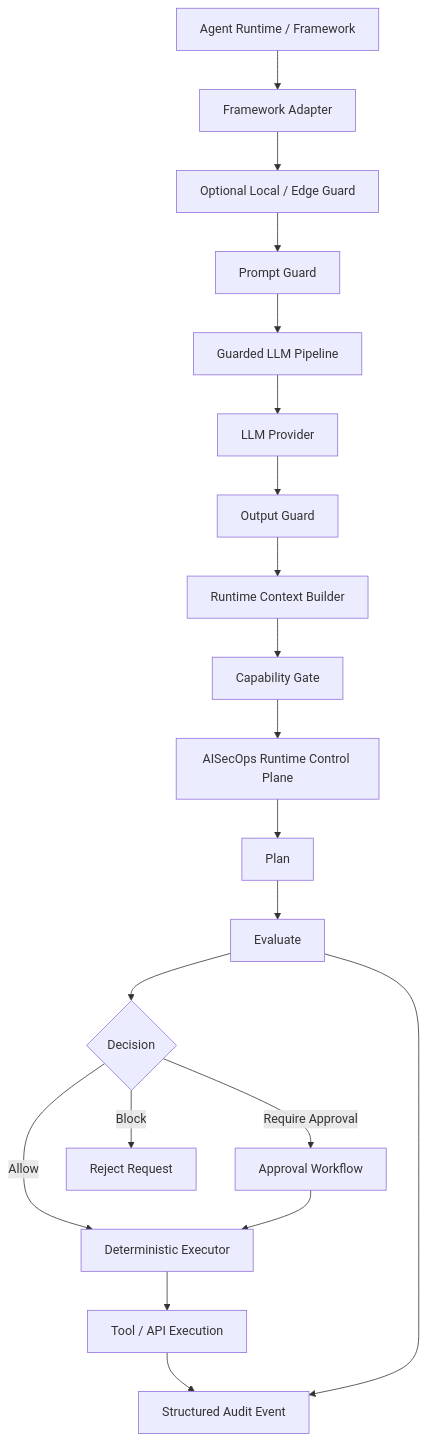
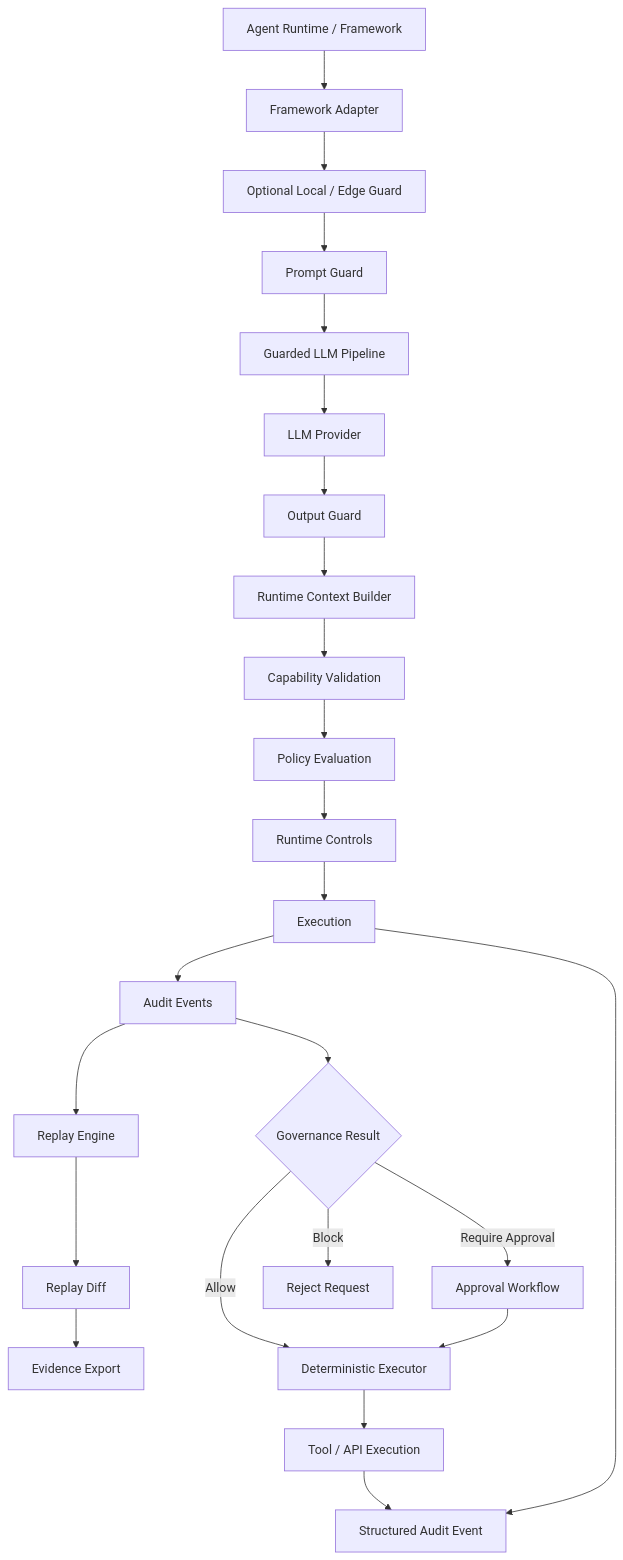
The third of 4 diagrams in src/content/architecture.md (viplavfauzdar/aisecops-site), drawn with Mermaid before and after one commit. The commit also changed other lines of this file and 13 other files, not shown here.

Commit message:
site: update AISecOps positioning for v1.0.0

````diff
--- a/src/content/architecture.md
+++ b/src/content/architecture.md
@@ -293,40 +299,47 @@
 ```mermaid
 flowchart TD
 
 A[Agent Runtime / Framework]
 
 A --> B[Framework Adapter]
 
 B --> C[Optional Local / Edge Guard]
 
 C --> D[Prompt Guard]
 
 D --> E[Guarded LLM Pipeline]
 
 E --> F[LLM Provider]
 
 F --> G[Output Guard]
 
 G --> H[Runtime Context Builder]
 
-H --> I[Capability Gate]
+H --> I[Capability Validation]
 
-I --> J[AISecOps Runtime Control Plane]
+I --> J[Policy Evaluation]
 
-J --> K[Plan]
+J --> K[Runtime Controls]
 
-K --> L[Evaluate]
+K --> L[Execution]
 
-L --> M{Decision}
+L --> M[Audit Events]
 
-M -->|Allow| N[Deterministic Executor]
-M -->|Block| O[Reject Request]
-M -->|Require Approval| P[Approval Workflow]
+M --> N[Replay Engine]
 
-P --> N
+N --> O[Replay Diff]
 
-N --> Q[Tool / API Execution]
+O --> P[Evidence Export]
 
-L --> R[Structured Audit Event]
-Q --> R
+M --> Q{Governance Result}
+Q -->|Allow| R[Deterministic Executor]
+Q -->|Block| S[Reject Request]
+Q -->|Require Approval| T[Approval Workflow]
+
+T --> R
+
+R --> U[Tool / API Execution]
+
+L --> V[Structured Audit Event]
+U --> V
 ```
````
